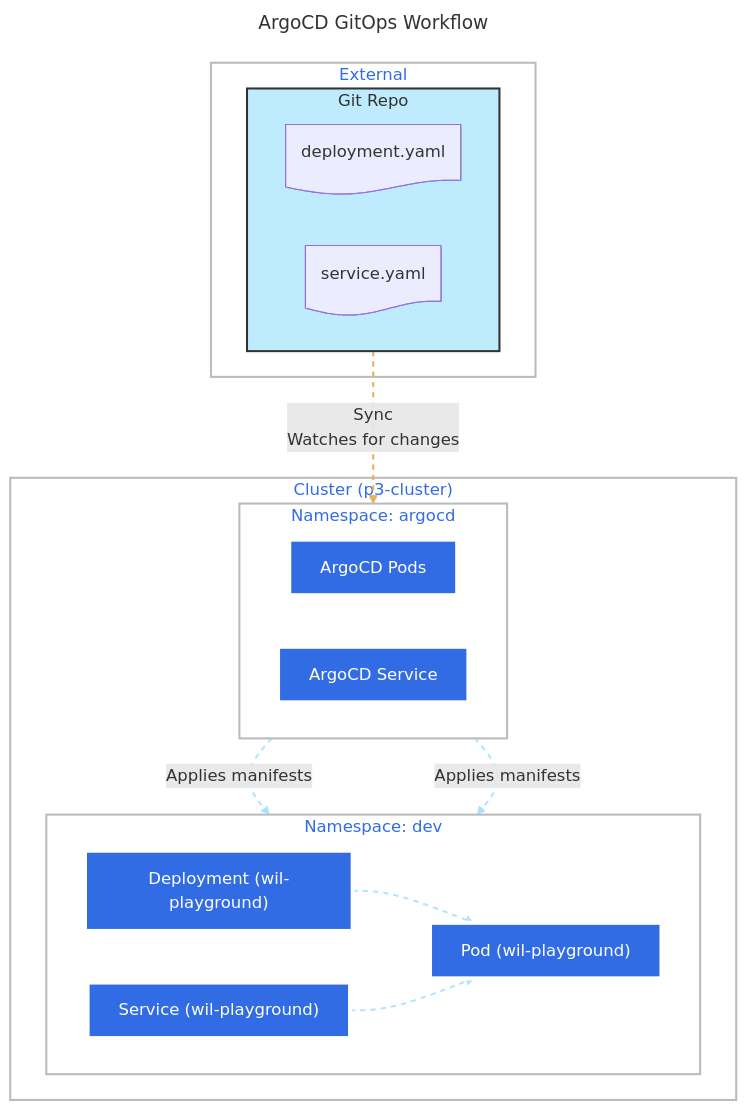
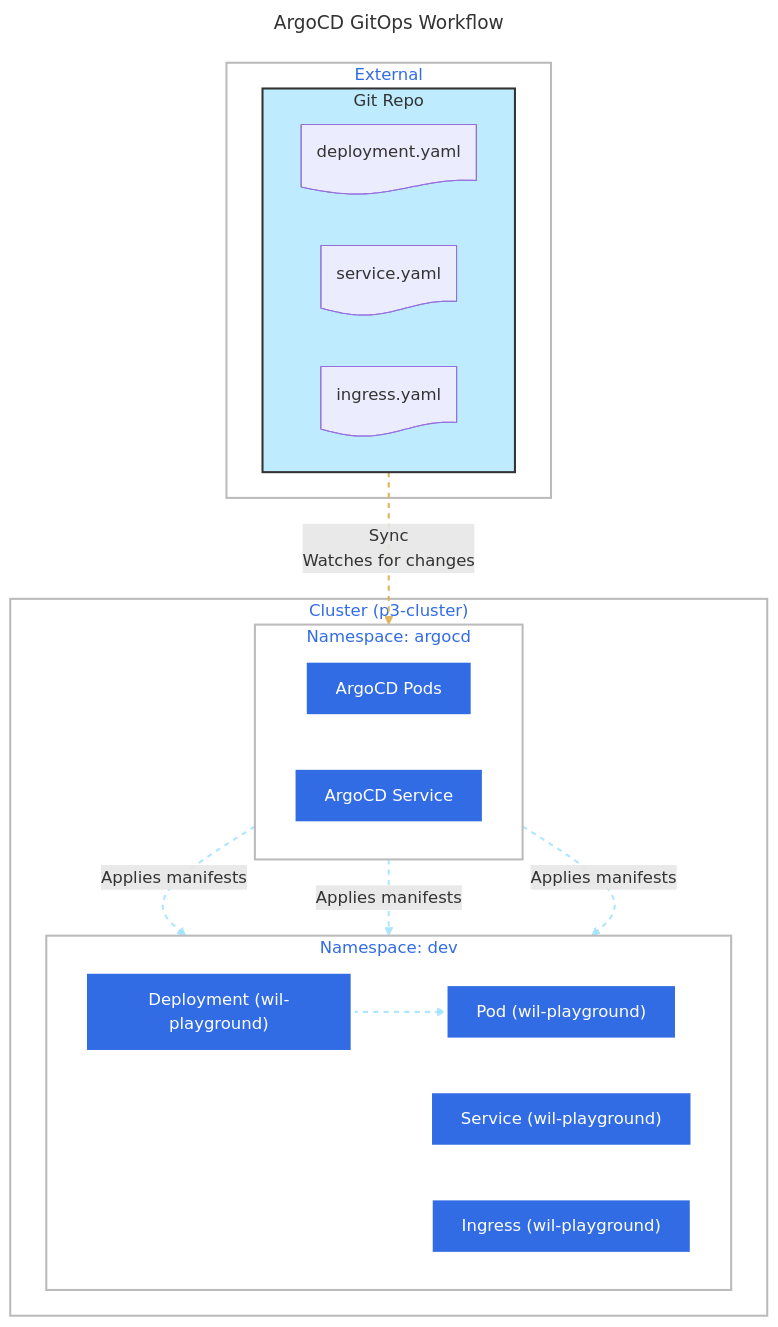
The diagram in p3/README.md (Tablerase/42_InceptionOfThings), drawn with Mermaid before and after one commit. The commit also changed other lines of this file and 17 other files, not shown here.

Commit message:
feat: update GitLab and ArgoCD setup with new manifests and scripts

````diff
--- a/p3/README.md
+++ b/p3/README.md
@@ -3,45 +3,47 @@
 ```mermaid
 ---
 title: ArgoCD GitOps Workflow
 ---
 flowchart TD;
   subgraph k3d["Cluster (p3-cluster)"]
     subgraph nsArgo["Namespace: argocd"]
       direction LR
       argo_pods["ArgoCD Pods"]
       argo_svc["ArgoCD Service"]
     end
     subgraph nsDev["Namespace: dev"]
       direction LR
       app_deployment@{ shape: proc, label: "Deployment (wil-playground)" }
       app_svc@{ shape: proc, label: "Service (wil-playground)" }
       app_pod@{ shape: proc, label: "Pod (wil-playground)" }
+      app_ingress@{ shape: proc, label: "Ingress (wil-playground)" }
     end
   end
 
   subgraph "External"
     subgraph git_repo["Git Repo"]
       manifestD@{shape: doc, label: "deployment.yaml"}
       manifestS@{shape: doc, label: "service.yaml"}
+      manifestI@{shape: doc, label: "ingress.yaml"}
     end
   end
 
   app_deployment appdeppod@--> app_pod
-  app_svc appsvcpod@--> app_pod
 
   git_repo gitargo@-->|"Sync<br>Watches for changes"|argo_pods
   argo_pods argodep@-->|"Applies manifests"|app_deployment
   argo_pods argosvc@-->|"Applies manifests"|app_svc
+  argo_pods argoin@-->|"Applies manifests"|app_ingress
 
   classDef k8s fill: #326ce5,stroke: #fff,stroke-width:4px,color:#fff;
   classDef cluster fill: #fff,stroke: #bbb,stroke-width:2px,color:#326ce5;
   classDef external fill: #99dfff9f,stroke: #333,stroke-width:2px, color:#333;
   classDef kub-anim stroke-dasharray: 5,5, stroke-dashoffset: 300, stroke-width: 2, stroke: #99dfffc7, animation: dash 25s linear infinite;
   classDef git-anim stroke-dasharray: 5,5, stroke-dashoffset: 300, stroke-width: 2, stroke: #e0b25cff, animation: dash 25s linear infinite;
 
-  class argo_pods,argo_svc,app_deployment,app_pod,app_svc k8s;
+  class argo_pods,argo_svc,app_deployment,app_pod,app_svc,app_ingress k8s;
   class k3d,nsArgo,nsDev cluster;
   class git_repo external;
   class gitargo git-anim;
-  class argodep,argosvc,appdeppod,appsvcpod kub-anim;
+  class argodep,argosvc,argoin,appdeppod,appsvcpod kub-anim;
 ```
````
